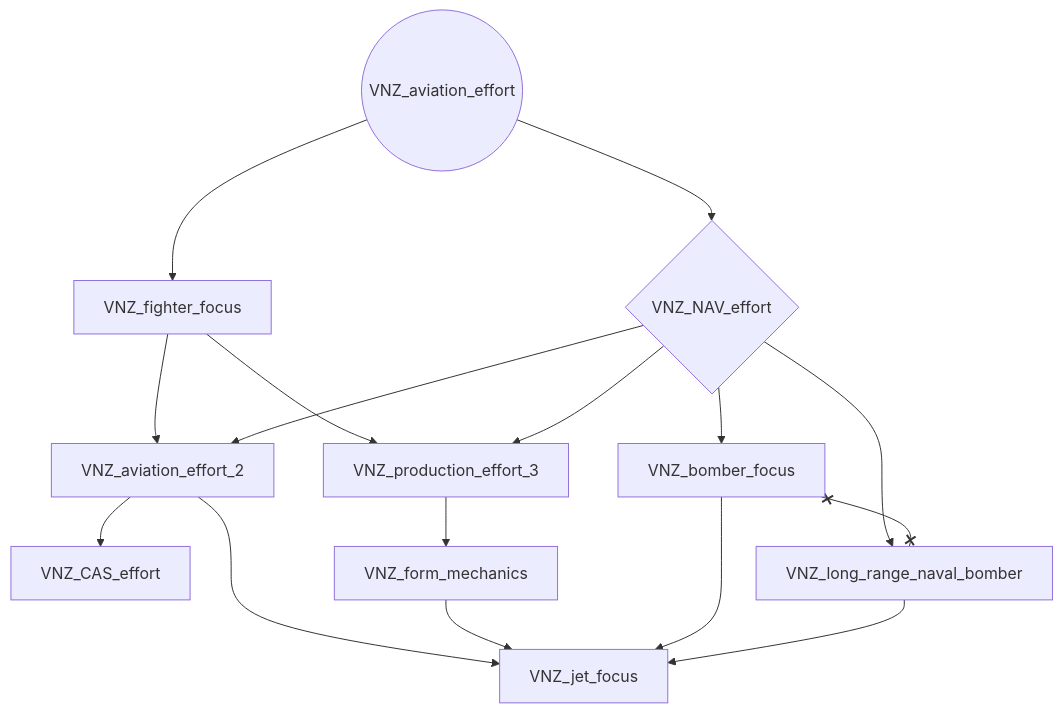
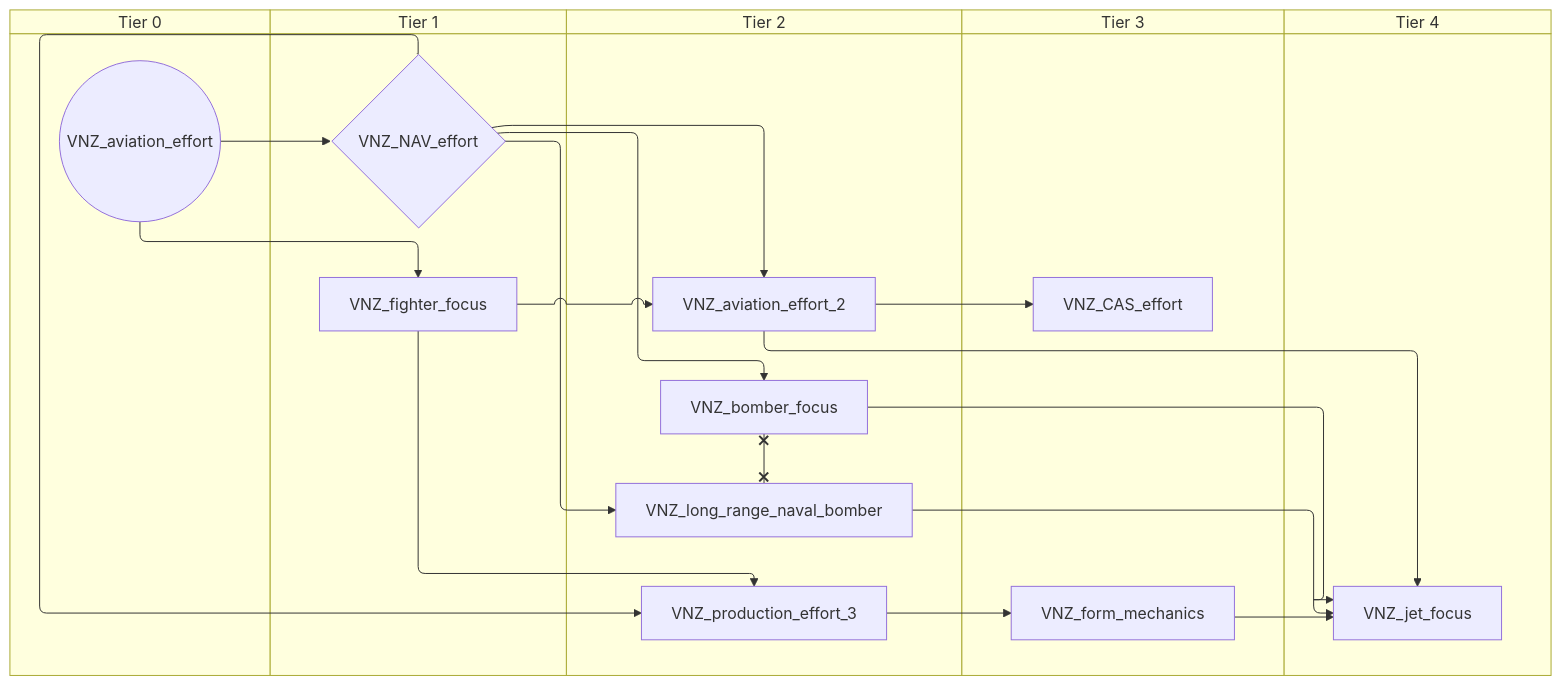
Before and after one commit to evgeny-sobol/hoi4-sandbox-mode-r56: the second of 5 diagrams in docs/gdd/National Focuses/r56/venice.md, drawn with Mermaid. The commit also changed other lines of this file and 423 other files, not shown here.

First line of the commit message:
Re-export Rt56 focus trees as swimlane diagrams

````diff
--- a/docs/gdd/National Focuses/r56/venice.md
+++ b/docs/gdd/National Focuses/r56/venice.md
@@ -43,28 +55,38 @@
 ```mermaid
-flowchart TD
-    n18["VNZ_CAS_effort"]
-    n19{"VNZ_NAV_effort"}
-    n20(("VNZ_aviation_effort"))
-    n21["VNZ_aviation_effort_2"]
-    n22["VNZ_bomber_focus"]
-    n23["VNZ_fighter_focus"]
-    n24["VNZ_form_mechanics"]
-    n25["VNZ_jet_focus"]
-    n26["VNZ_long_range_naval_bomber"]
-    n27["VNZ_production_effort_3"]
-    n21 --> n18
-    n20 --> n19
-    n23 --> n21
+swimlane-beta TD
+    subgraph tier_0["Tier 0"]
+        n18(("VNZ_aviation_effort"))
+    end
+    subgraph tier_1["Tier 1"]
+        n19{"VNZ_NAV_effort"}
+        n20["VNZ_fighter_focus"]
+    end
+    subgraph tier_2["Tier 2"]
+        n21["VNZ_aviation_effort_2"]
+        n22["VNZ_bomber_focus"]
+        n23["VNZ_long_range_naval_bomber"]
+        n24["VNZ_production_effort_3"]
+    end
+    subgraph tier_3["Tier 3"]
+        n25["VNZ_CAS_effort"]
+        n26["VNZ_form_mechanics"]
+    end
+    subgraph tier_4["Tier 4"]
+        n27["VNZ_jet_focus"]
+    end
+    n21 --> n25
+    n18 --> n19
+    n20 --> n21
     n19 --> n21
     n19 --> n22
-    n20 --> n23
-    n27 --> n24
-    n21 --> n25
-    n24 --> n25
-    n22 --> n25
-    n26 --> n25
-    n19 --> n26
+    n18 --> n20
+    n24 --> n26
+    n21 --> n27
+    n26 --> n27
+    n22 --> n27
     n23 --> n27
-    n19 --> n27
-    n22 x--x n26
+    n19 --> n23
+    n20 --> n24
+    n19 --> n24
+    n22 x--x n23
 ```
````
